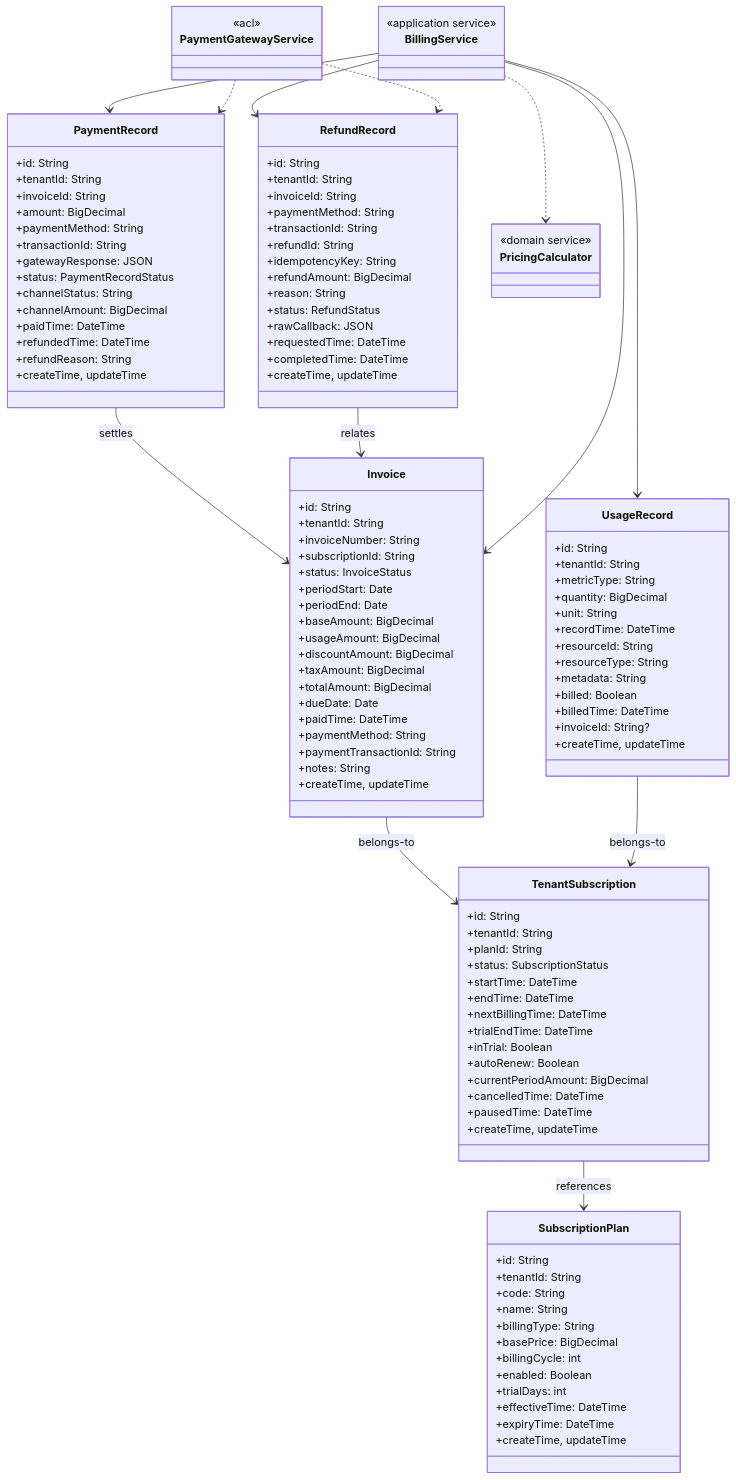
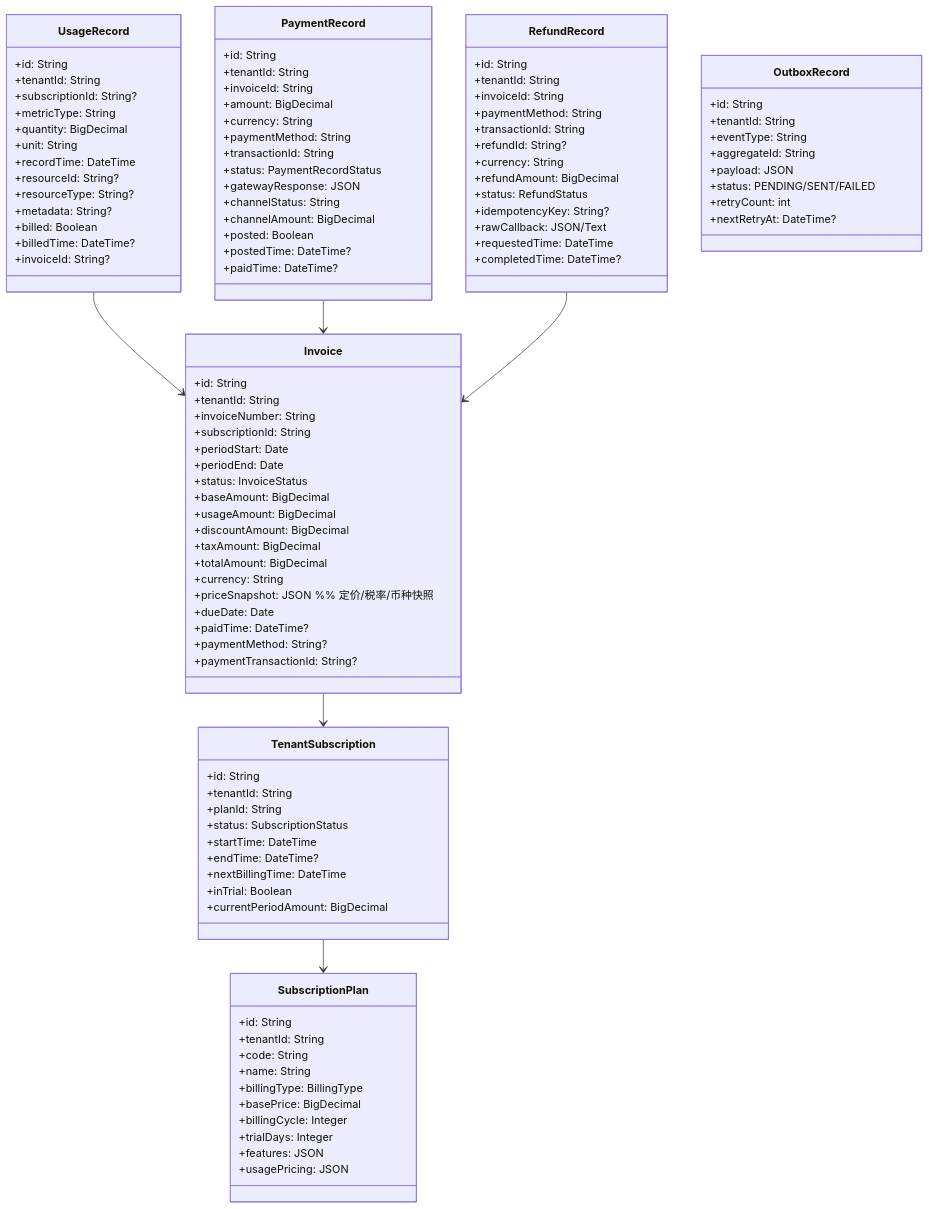
The first of 11 diagrams in rose-backend/rose-service/rose-billing-service/docs/billing-domain-model.md (rosestack/rose-playground), drawn with Mermaid before and after one commit. The commit also changed other lines of this file and 33 other files, not shown here.

Commit message:
refactor: 重构计费核心实体与状态管理，完善发票币种、价格快照及支付记录细节字段，标准化支付/退款状态流转(PENDING/SUCCESS/FAILED)，增强支付回调幂等处理与金额核对机制，优化订阅、用量、退款关联关系及财务模型可观测性

````diff
--- a/rose-backend/rose-service/rose-billing-service/docs/billing-domain-model.md
+++ b/rose-backend/rose-service/rose-billing-service/docs/billing-domain-model.md
@@ -21,14 +9,12 @@
     +tenantId: String
     +code: String
     +name: String
-    +billingType: String
+    +billingType: BillingType
     +basePrice: BigDecimal
-    +billingCycle: int
-    +enabled: Boolean
-    +trialDays: int
-    +effectiveTime: DateTime
-    +expiryTime: DateTime
-    +createTime, updateTime
+    +billingCycle: Integer
+    +trialDays: Integer
+    +features: JSON
+    +usagePricing: JSON
   }
   class TenantSubscription {
     +id: String
@@ -36,66 +22,61 @@
     +planId: String
     +status: SubscriptionStatus
     +startTime: DateTime
-    +endTime: DateTime
+    +endTime: DateTime?
     +nextBillingTime: DateTime
-    +trialEndTime: DateTime
     +inTrial: Boolean
-    +autoRenew: Boolean
     +currentPeriodAmount: BigDecimal
-    +cancelledTime: DateTime
-    +pausedTime: DateTime
-    +createTime, updateTime
   }
   class Invoice {
     +id: String
     +tenantId: String
     +invoiceNumber: String
     +subscriptionId: String
-    +status: InvoiceStatus
     +periodStart: Date
     +periodEnd: Date
+    +status: InvoiceStatus
     +baseAmount: BigDecimal
     +usageAmount: BigDecimal
     +discountAmount: BigDecimal
     +taxAmount: BigDecimal
     +totalAmount: BigDecimal
+    +currency: String
+    +priceSnapshot: JSON   %% 定价/税率/币种快照
     +dueDate: Date
-    +paidTime: DateTime
-    +paymentMethod: String
-    +paymentTransactionId: String
-    +notes: String
-    +createTime, updateTime
+    +paidTime: DateTime?
+    +paymentMethod: String?
+    +paymentTransactionId: String?
   }
   class UsageRecord {
     +id: String
     +tenantId: String
+    +subscriptionId: String?
     +metricType: String
     +quantity: BigDecimal
     +unit: String
     +recordTime: DateTime
-    +resourceId: String
-    +resourceType: String
-    +metadata: String
+    +resourceId: String?
+    +resourceType: String?
+    +metadata: String?
     +billed: Boolean
-    +billedTime: DateTime
+    +billedTime: DateTime?
     +invoiceId: String?
-    +createTime, updateTime
   }
   class PaymentRecord {
     +id: String
     +tenantId: String
     +invoiceId: String
     +amount: BigDecimal
+    +currency: String
     +paymentMethod: String
     +transactionId: String
+    +status: PaymentRecordStatus
     +gatewayResponse: JSON
-    +status: PaymentRecordStatus
     +channelStatus: String
     +channelAmount: BigDecimal
-    +paidTime: DateTime
-    +refundedTime: DateTime
-    +refundReason: String
-    +createTime, updateTime
+    +posted: Boolean
+    +postedTime: DateTime?
+    +paidTime: DateTime?
   }
   class RefundRecord {
     +id: String
@@ -103,37 +84,29 @@
     +invoiceId: String
     +paymentMethod: String
     +transactionId: String
-    +refundId: String
-    +idempotencyKey: String
+    +refundId: String?
+    +currency: String
     +refundAmount: BigDecimal
-    +reason: String
     +status: RefundStatus
-    +rawCallback: JSON
+    +idempotencyKey: String?
+    +rawCallback: JSON/Text
     +requestedTime: DateTime
-    +completedTime: DateTime
-    +createTime, updateTime
+    +completedTime: DateTime?
   }
-  class PricingCalculator {
-    <<domain service>>
-  }
-  class BillingService {
-    <<application service>>
-  }
-  class PaymentGatewayService {
-    <<acl>>
+  class OutboxRecord {
+    +id: String
+    +tenantId: String
+    +eventType: String
+    +aggregateId: String
+    +payload: JSON
+    +status: PENDING/SENT/FAILED
+    +retryCount: int
+    +nextRetryAt: DateTime?
   }
 
-  TenantSubscription --> SubscriptionPlan : references
-  Invoice --> TenantSubscription : belongs-to
-  UsageRecord --> TenantSubscription : belongs-to
-  PaymentRecord --> Invoice : settles
-  RefundRecord --> Invoice : relates
-
-  BillingService --> Invoice
-  BillingService --> UsageRecord
-  BillingService --> PaymentRecord
-  BillingService --> RefundRecord
-  BillingService ..> PricingCalculator
-  PaymentGatewayService ..> PaymentRecord
-  PaymentGatewayService ..> RefundRecord
+  TenantSubscription --> SubscriptionPlan
+  Invoice --> TenantSubscription
+  UsageRecord --> Invoice
+  PaymentRecord --> Invoice
+  RefundRecord --> Invoice
 ```
````
